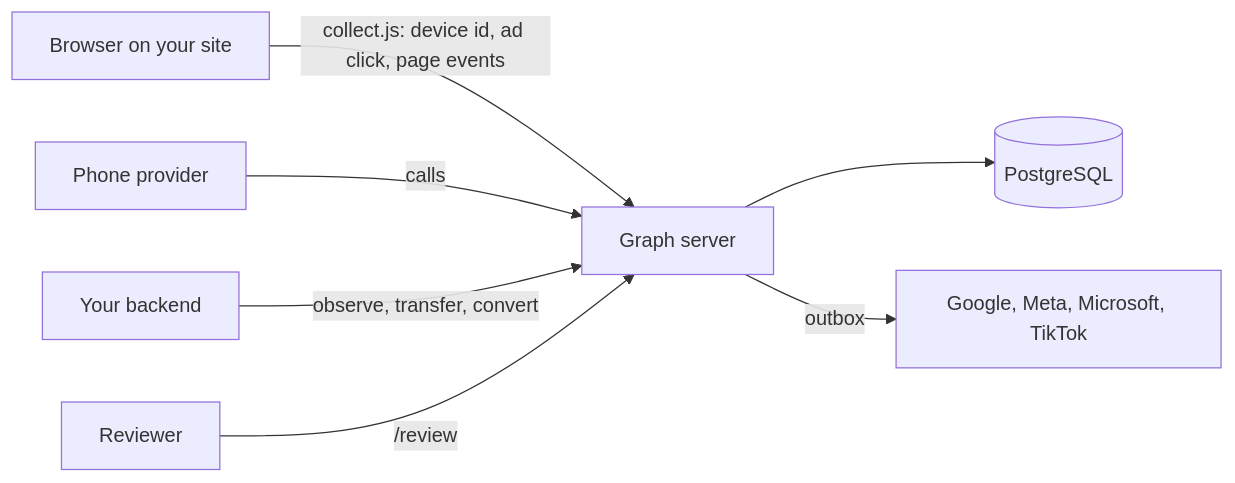
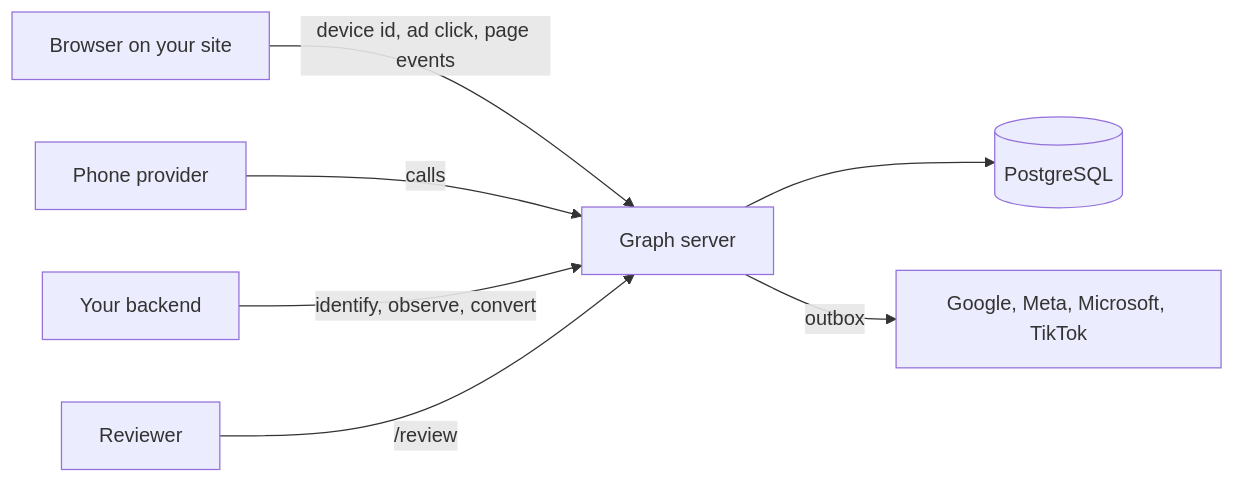
One commit to pwngh/account-graph changed the diagram in README.md. Above: the diagram before and after it, drawn with Mermaid. The commit also changed other lines of this file and 19 other files, not shown here.

````diff
--- a/README.md
+++ b/README.md
@@ -38,9 +42,9 @@
 ```mermaid
 flowchart LR
-  B[Browser on your site] -- "collect.js: device id, ad click, page events" --> S[Graph server]
+  B[Browser on your site] -- "device id, ad click, page events" --> S[Graph server]
   T[Phone provider] -- "calls" --> S
-  A[Your backend] -- "observe, transfer, convert" --> S
+  A[Your backend] -- "identify, observe, convert" --> S
   R[Reviewer] -- "/review" --> S
   S --> G[(PostgreSQL)]
   S -- "outbox" --> P[Google, Meta, Microsoft, TikTok]
 ```
````
